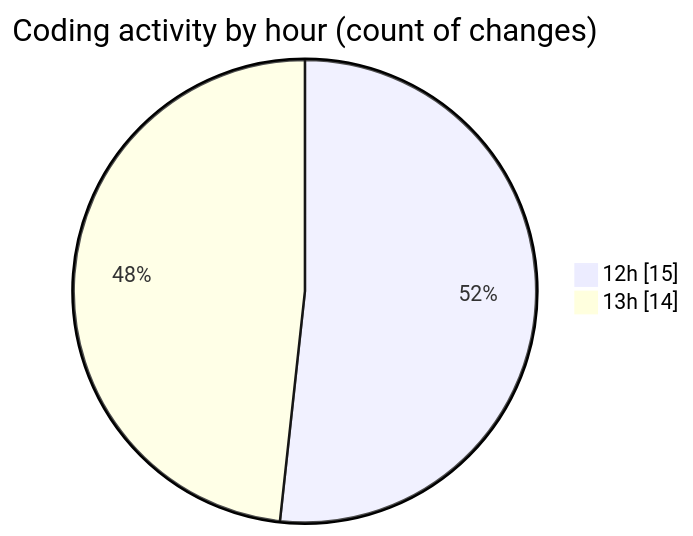
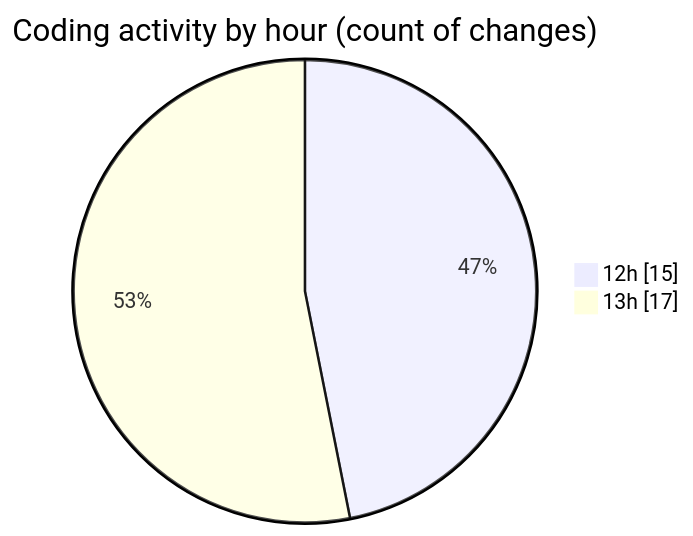
Before and after one commit to donsfak/code-tracking: the second of 2 diagrams in 2025-03-27/wordle/README.md, drawn with Mermaid. The commit also changed other lines of this file and 1 other file, not shown here.

````diff
--- a/2025-03-27/wordle/README.md
+++ b/2025-03-27/wordle/README.md
@@ -37,6 +37,6 @@
 ```mermaid
 pie showData
 title Coding activity by hour (count of changes)
 "12h" : 15
-"13h" : 14
+"13h" : 17
 ```
````
